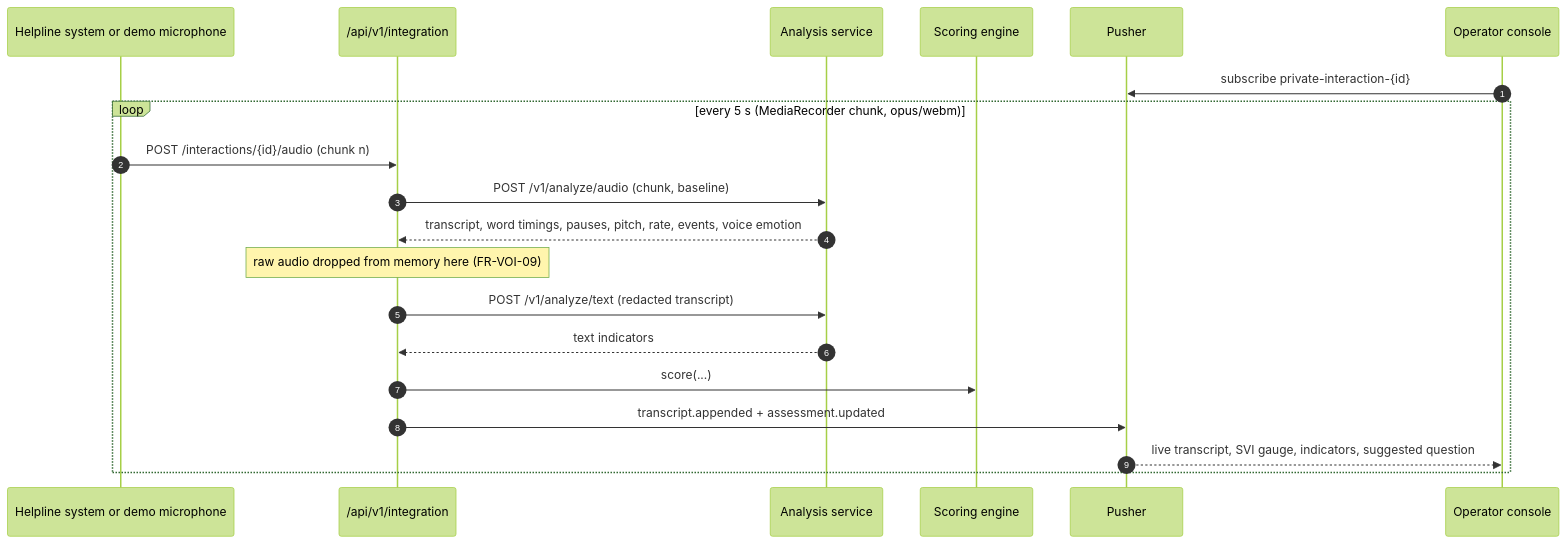
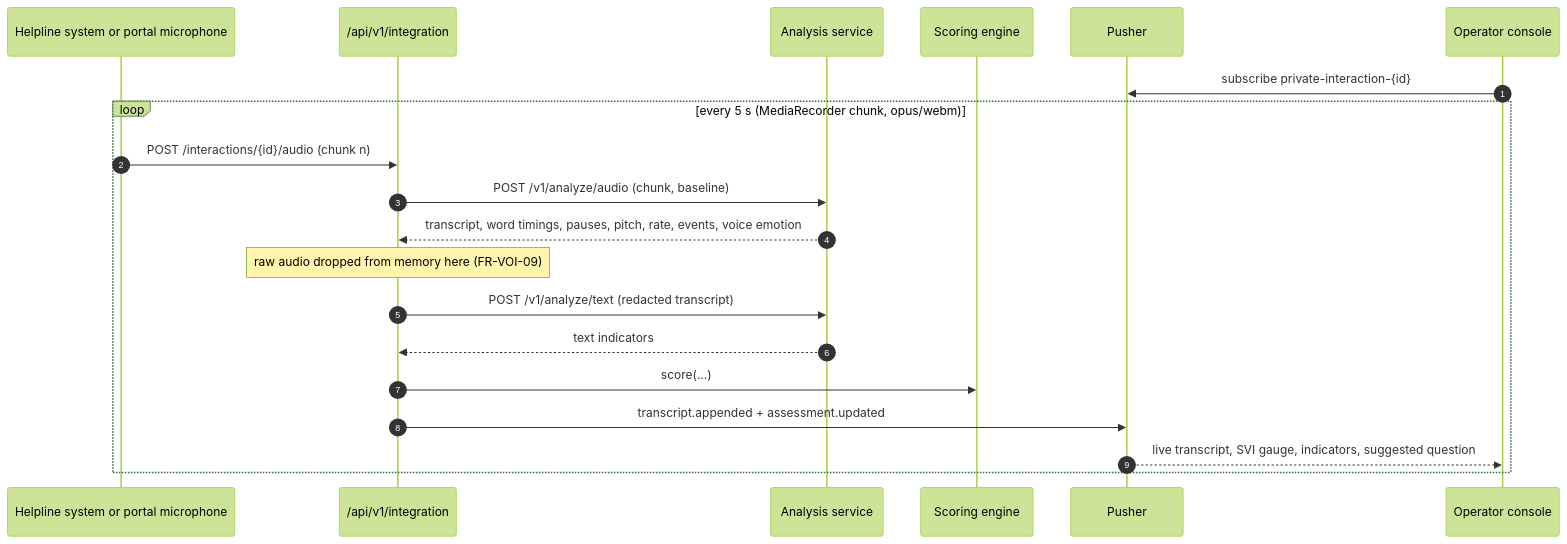
One commit to anushkaa2205/AI-Based-Real-Time-Stress-and-Trauma-Assessment-Module changed the sixth of 12 diagrams in docs/ARCHITECTURE.md. Above: the diagram before and after it, drawn with Mermaid (forest theme). The commit also changed other lines of this file and 13 other files, not shown here.

````diff
--- a/docs/ARCHITECTURE.md
+++ b/docs/ARCHITECTURE.md
@@ -265,23 +265,23 @@
 ```mermaid
 sequenceDiagram
     autonumber
-    participant V as Helpline system or demo microphone
+    participant V as Helpline system or portal microphone
     participant API as /api/v1/integration
     participant AS as Analysis service
     participant SC as Scoring engine
     participant PU as Pusher
     participant OP as Operator console
 
     OP->>PU: subscribe private-interaction-{id}
     loop every 5 s (MediaRecorder chunk, opus/webm)
         V->>API: POST /interactions/{id}/audio (chunk n)
         API->>AS: POST /v1/analyze/audio (chunk, baseline)
         AS-->>API: transcript, word timings, pauses, pitch, rate, events, voice emotion
         Note over API: raw audio dropped from memory here (FR-VOI-09)
         API->>AS: POST /v1/analyze/text (redacted transcript)
         AS-->>API: text indicators
         API->>SC: score(...)
         API->>PU: transcript.appended + assessment.updated
         PU-->>OP: live transcript, SVI gauge, indicators, suggested question
     end
 ```
````
